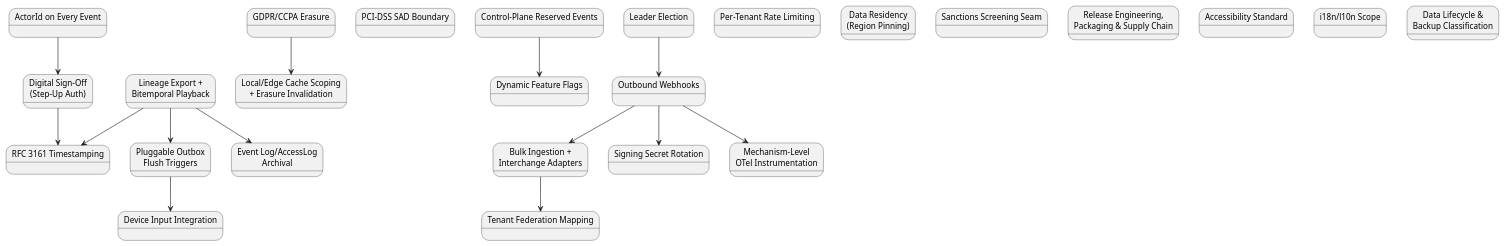
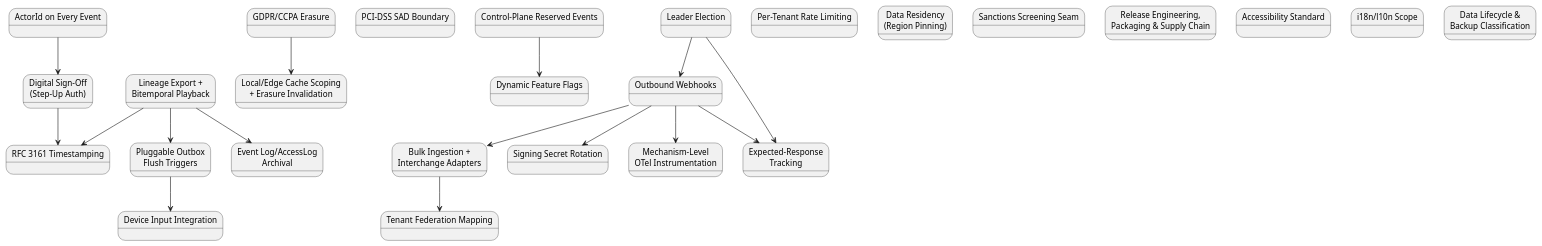
Before and after one commit to Mwwhited-BookLearning/EventSourcing: the second of 2 diagrams in docs/08-build-plan.md, drawn with PlantUML. The commit also changed other lines of this file and 15 other files, not shown here.

````diff
--- a/docs/08-build-plan.md
+++ b/docs/08-build-plan.md
@@ -252,43 +252,46 @@
 ```plantuml
 @startuml BuildPlan_Additions
 state "ActorId on Every Event" as a1
 state "GDPR/CCPA Erasure" as a2
 state "PCI-DSS SAD Boundary" as a3
 state "Local/Edge Cache Scoping\n+ Erasure Invalidation" as a4
 state "Digital Sign-Off\n(Step-Up Auth)" as a5
 state "Control-Plane Reserved Events" as a6
 state "Dynamic Feature Flags" as a7
 state "Leader Election" as a8
 state "Per-Tenant Rate Limiting" as a9
 state "Outbound Webhooks" as a10
 state "Data Residency\n(Region Pinning)" as a11
 state "Tenant Federation Mapping" as a12
 state "Bulk Ingestion +\nInterchange Adapters" as a13
 state "Sanctions Screening Seam" as a14
 state "Release Engineering,\nPackaging & Supply Chain" as a15
 state "Signing Secret Rotation" as a16
 state "Lineage Export +\nBitemporal Playback" as a17
 state "RFC 3161 Timestamping" as a18
 state "Pluggable Outbox\nFlush Triggers" as a19
 state "Device Input Integration" as a20
 state "Accessibility Standard" as a21
 state "i18n/l10n Scope" as a22
 state "Mechanism-Level\nOTel Instrumentation" as a23
 state "Event Log/AccessLog\nArchival" as a24
 state "Data Lifecycle &\nBackup Classification" as a25
+state "Expected-Response\nTracking" as a26
 
 a2 --> a4
 a1 --> a5
 a6 --> a7
 a8 --> a10
 a10 --> a13
 a10 --> a16
 a13 --> a12
 a5 --> a18
 a17 --> a18
 a17 --> a19
 a19 --> a20
 a17 --> a24
 a10 --> a23
+a8 --> a26
+a10 --> a26
 @enduml
 ```
````
